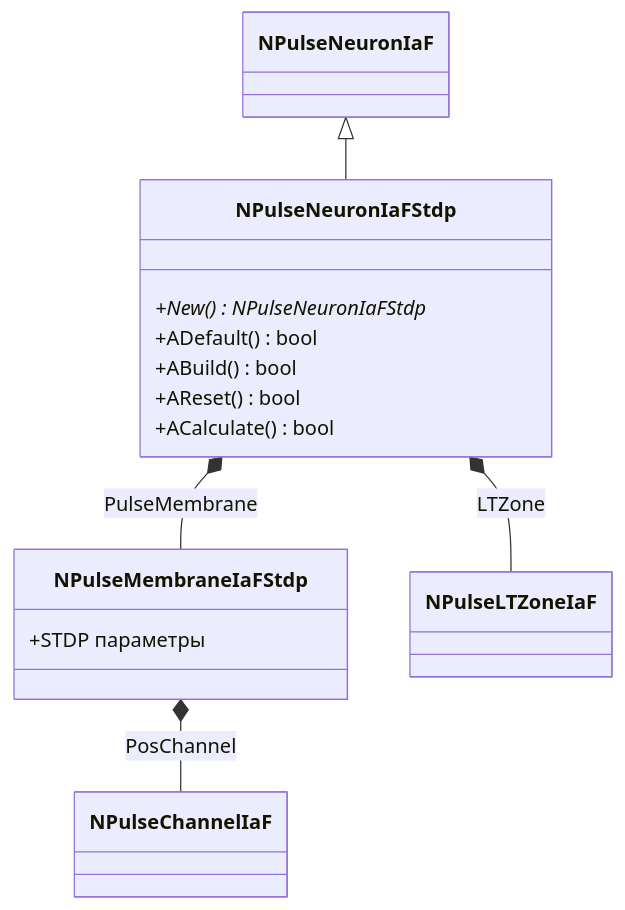
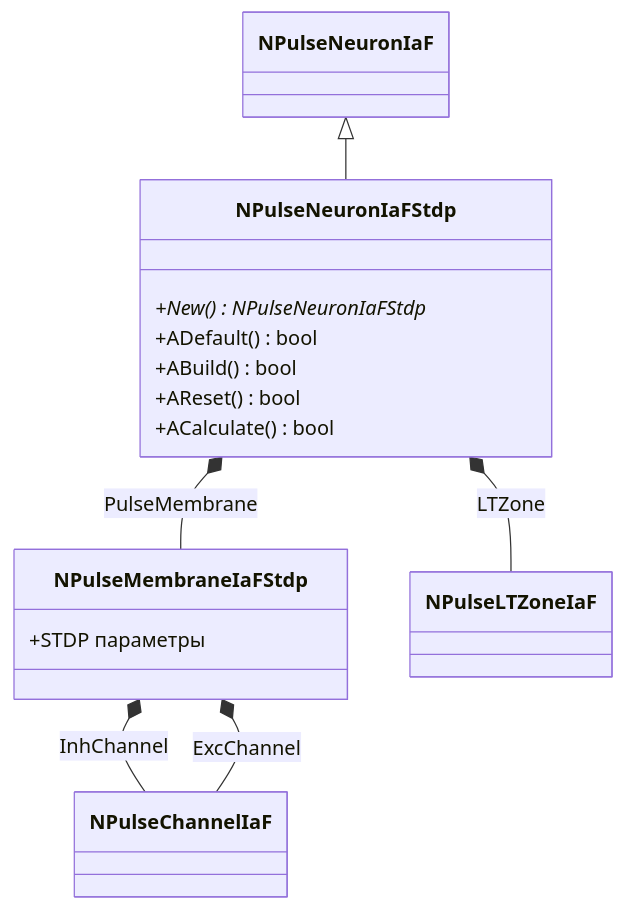
One commit to aicommunity/Nmsdk-PulseLib changed the first of 10 diagrams in Docs/Components/NPulseNeuronIaFStdp.md. Above: the diagram before and after it, drawn with Mermaid. The commit also changed other lines of this file and 14 other files, not shown here.

Commit message:
Refactoring the naming of neuron components. PLTZone -> LTZone, Pos/Neg channels -> Inh/Exc channels, etc.

````diff
--- a/Docs/Components/NPulseNeuronIaFStdp.md
+++ b/Docs/Components/NPulseNeuronIaFStdp.md
@@ -18,17 +18,18 @@
 ```mermaid
 classDiagram
     NPulseNeuronIaF <|-- NPulseNeuronIaFStdp
     NPulseNeuronIaFStdp *-- NPulseMembraneIaFStdp : PulseMembrane
     NPulseNeuronIaFStdp *-- NPulseLTZoneIaF : LTZone
-    NPulseMembraneIaFStdp *-- NPulseChannelIaF : PosChannel
+    NPulseMembraneIaFStdp *-- NPulseChannelIaF : InhChannel
+    NPulseMembraneIaFStdp *-- NPulseChannelIaF : ExcChannel
     class NPulseNeuronIaFStdp {
         +New() NPulseNeuronIaFStdp*
         +ADefault() bool
         +ABuild() bool
         +AReset() bool
         +ACalculate() bool
     }
     class NPulseMembraneIaFStdp {
         +STDP параметры
     }
 ```
````
